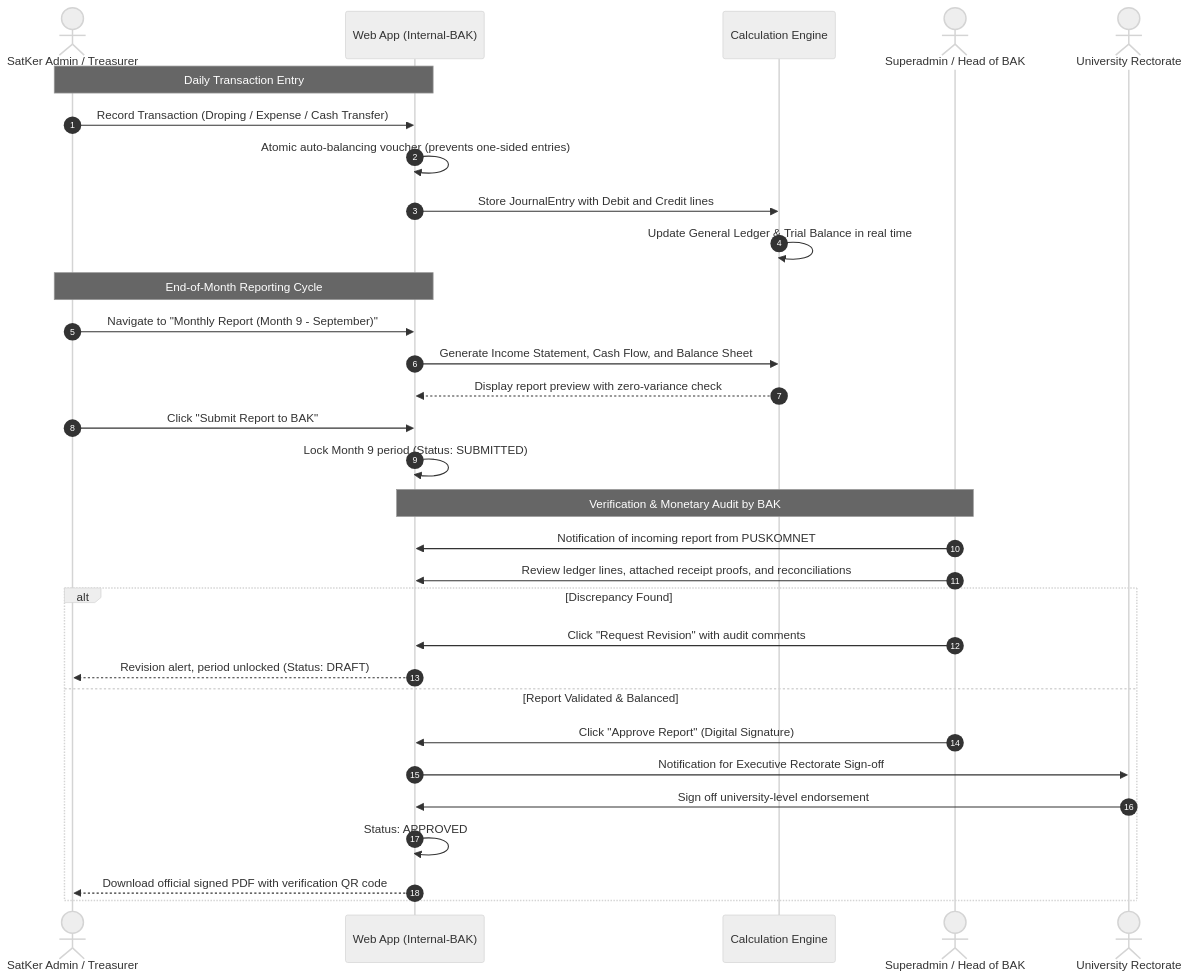
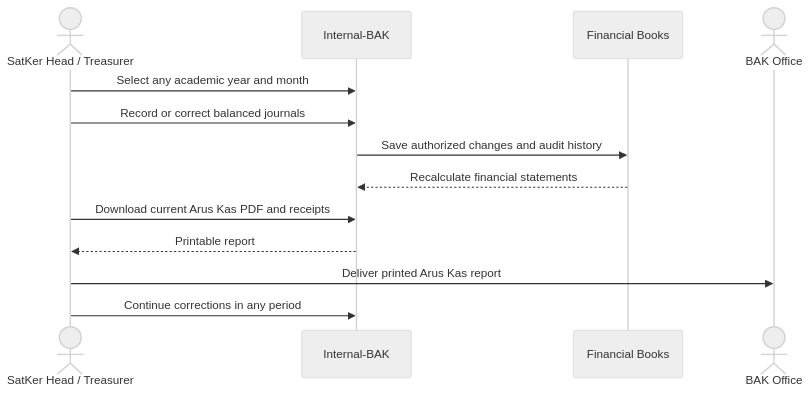
One commit to GhinanNavsih/Sistem_Internal_Keuangan_YAPETIDU changed the second of 2 diagrams in SATKER_FINANCIAL_REPORTING_SYSTEM.md. Above: the diagram before and after it, drawn with Mermaid (neutral theme). The commit also changed other lines of this file and 25 other files, not shown here.

First line of the commit message:
feat(satker-finance): streamline workflow with direct editing and Arus Kas signers

````diff
--- a/SATKER_FINANCIAL_REPORTING_SYSTEM.md
+++ b/SATKER_FINANCIAL_REPORTING_SYSTEM.md
@@ -352,36 +275,15 @@
 ```mermaid
 sequenceDiagram
-    autonumber
-    actor SatKer as SatKer Admin / Treasurer
-    participant WebApp as Web App (Internal-BAK)
-    participant Engine as Calculation Engine
-    actor BAK as Superadmin / Head of BAK
-    actor Rector as University Rectorate
-
-    Note over SatKer, WebApp: Daily Transaction Entry
-    SatKer->>WebApp: Record Transaction (Droping / Expense / Cash Transfer)
-    WebApp->>WebApp: Atomic auto-balancing voucher (prevents one-sided entries)
-    WebApp->>Engine: Store JournalEntry with Debit and Credit lines
-    Engine->>Engine: Update General Ledger & Trial Balance in real time
-
-    Note over SatKer, WebApp: End-of-Month Reporting Cycle
-    SatKer->>WebApp: Navigate to "Monthly Report (Month 9 - September)"
-    WebApp->>Engine: Generate Income Statement, Cash Flow, and Balance Sheet
-    Engine-->>WebApp: Display report preview with zero-variance check
-    SatKer->>WebApp: Click "Submit Report to BAK"
-    WebApp->>WebApp: Lock Month 9 period (Status: SUBMITTED)
-
-    Note over BAK, WebApp: Verification & Monetary Audit by BAK
-    BAK->>WebApp: Notification of incoming report from PUSKOMNET
-    BAK->>WebApp: Review ledger lines, attached receipt proofs, and reconciliations
-    alt Discrepancy Found
-        BAK->>WebApp: Click "Request Revision" with audit comments
-        WebApp-->>SatKer: Revision alert, period unlocked (Status: DRAFT)
-    else Report Validated & Balanced
-        BAK->>WebApp: Click "Approve Report" (Digital Signature)
-        WebApp->>Rector: Notification for Executive Rectorate Sign-off
-        Rector->>WebApp: Sign off university-level endorsement
-        WebApp->>WebApp: Status: APPROVED
-        WebApp-->>SatKer: Download official signed PDF with verification QR code
-    end
+    actor SatKer as SatKer Head / Treasurer
+    participant WebApp as Internal-BAK
+    participant Books as Financial Books
+    actor BAK as BAK Office
+    SatKer->>WebApp: Select any academic year and month
+    SatKer->>WebApp: Record or correct balanced journals
+    WebApp->>Books: Save authorized changes and audit history
+    Books-->>WebApp: Recalculate financial statements
+    SatKer->>WebApp: Download current Arus Kas PDF and receipts
+    WebApp-->>SatKer: Printable report
+    SatKer->>BAK: Deliver printed Arus Kas report
+    SatKer->>WebApp: Continue corrections in any period
 ```
````
